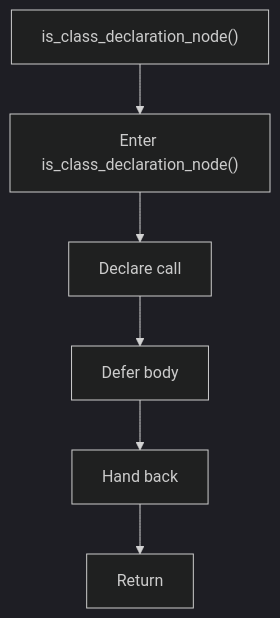
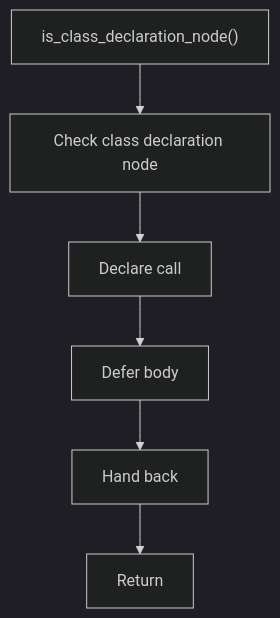
Before and after one commit to JohnAndrewBalbarosa/NeoTerritory: the diagram in docs/Codebase/Microservice/Modules/Header/SyntacticBrokenAST/HashingMechanism/HashLinks/Internal/Flow/functions/is_class_declaration_node.hpp.md, drawn with Mermaid (dark theme). The commit also changed other lines of this file and 915 other files, not shown here.

````diff
--- a/docs/Codebase/Microservice/Modules/Header/SyntacticBrokenAST/HashingMechanism/HashLinks/Internal/Flow/functions/is_class_declaration_node.hpp.md
+++ b/docs/Codebase/Microservice/Modules/Header/SyntacticBrokenAST/HashingMechanism/HashLinks/Internal/Flow/functions/is_class_declaration_node.hpp.md
@@ -16,14 +16,14 @@
 ```mermaid
 flowchart TD
     Start["is_class_declaration_node()"]
-    N0["Enter is_class_declaration_node()"]
+    N0["Check class declaration node"]
     N1["Declare call"]
     N2["Defer body"]
     N3["Hand back"]
     End["Return"]
     Start --> N0
     N0 --> N1
     N1 --> N2
     N2 --> N3
     N3 --> End
 ```
````
